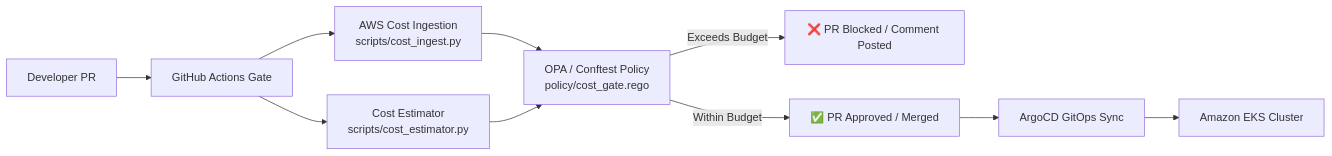
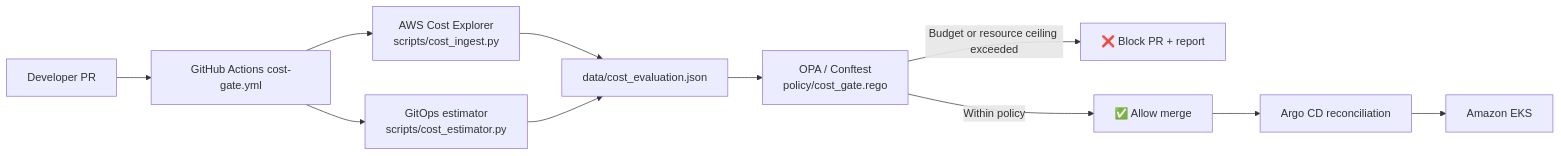
The second of 2 diagrams in README.md (Ashuj56/Agromart), drawn with Mermaid before and after one commit. The commit also changed other lines of this file and 2 other files, not shown here.

Commit message:
Added arch diagram to readme.md file

````diff
--- a/README.md
+++ b/README.md
@@ -356,11 +106,13 @@
 ```mermaid
 flowchart LR
-    PR[Developer PR] --> CI[GitHub Actions Gate]
-    CI --> CE[AWS Cost Ingestion\nscripts/cost_ingest.py]
-    CI --> Est[Cost Estimator\nscripts/cost_estimator.py]
-    CE & Est --> OPA[OPA / Conftest Policy\npolicy/cost_gate.rego]
-    OPA -->|Exceeds Budget| Block[❌ PR Blocked / Comment Posted]
-    OPA -->|Within Budget| Pass[✅ PR Approved / Merged]
-    Pass --> ArgoCD[ArgoCD GitOps Sync]
-    ArgoCD --> EKS[Amazon EKS Cluster]
+    PR[Developer PR] --> CI[GitHub Actions cost-gate.yml]
+    CI --> Ingest[AWS Cost Explorer<br/>scripts/cost_ingest.py]
+    CI --> Estimate[GitOps estimator<br/>scripts/cost_estimator.py]
+    Ingest --> Evaluation[data/cost_evaluation.json]
+    Estimate --> Evaluation
+    Evaluation --> OPA[OPA / Conftest<br/>policy/cost_gate.rego]
+    OPA -->|Budget or resource ceiling exceeded| Block[❌ Block PR + report]
+    OPA -->|Within policy| Pass[✅ Allow merge]
+    Pass --> Argo[Argo CD reconciliation]
+    Argo --> EKS[Amazon EKS]
 ```
````
